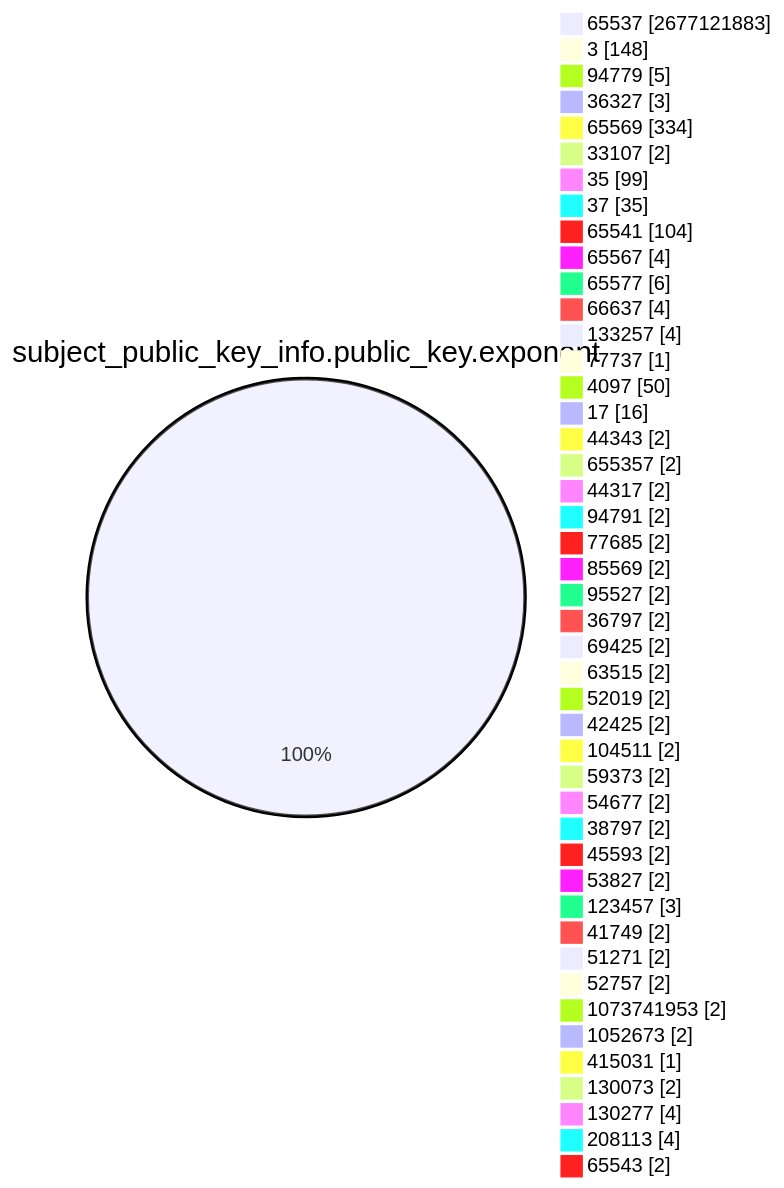
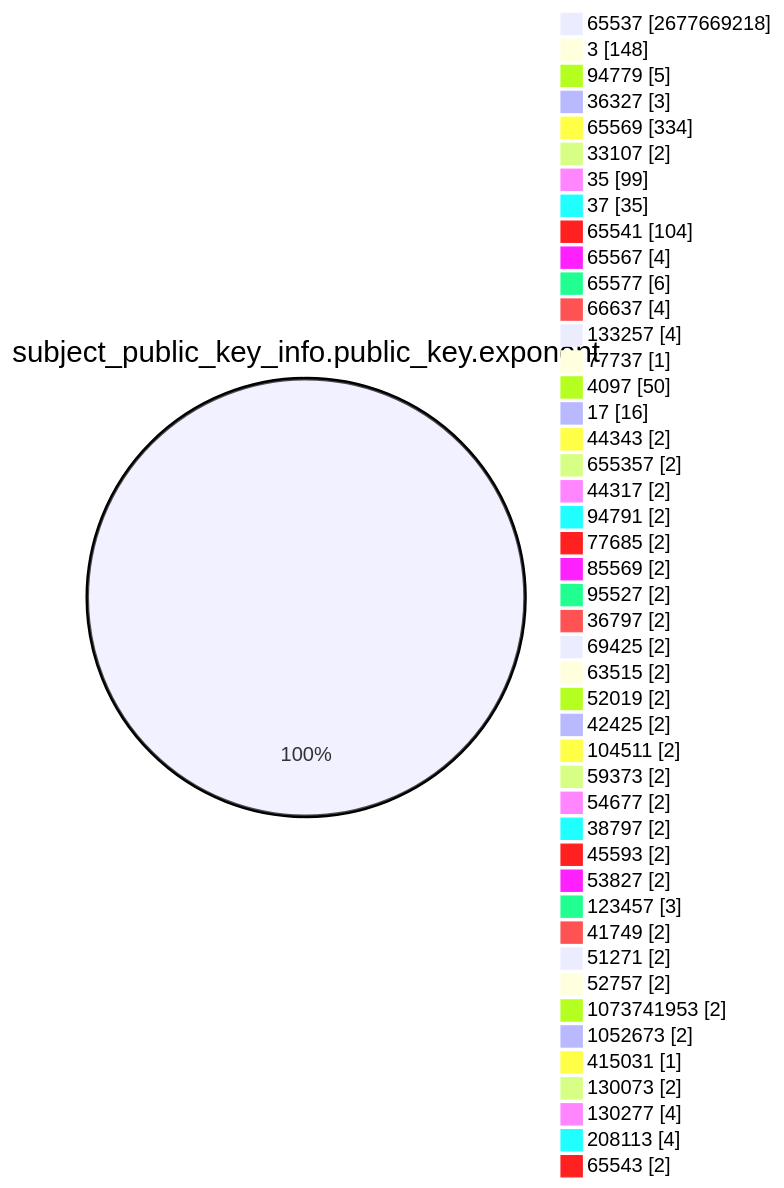
The fourth of 15 diagrams in TOTAL/README.md (christiankrug/ctmonitor_visualization), drawn with Mermaid before and after one commit. The commit also changed other lines of this file, not shown here.

````diff
--- a/TOTAL/README.md
+++ b/TOTAL/README.md
@@ -1466,49 +1466,49 @@
 ```mermaid
 pie showData
 title subject_public_key_info.public_key.exponent
-"65537" :2677121883
+"65537" :2677669218
 "3" :148
 "94779" :5
 "36327" :3
 "65569" :334
 "33107" :2
 "35" :99
 "37" :35
 "65541" :104
 "65567" :4
 "65577" :6
 "66637" :4
 "133257" :4
 "77737" :1
 "4097" :50
 "17" :16
 "44343" :2
 "655357" :2
 "44317" :2
 "94791" :2
 "77685" :2
 "85569" :2
 "95527" :2
 "36797" :2
 "69425" :2
 "63515" :2
 "52019" :2
 "42425" :2
 "104511" :2
 "59373" :2
 "54677" :2
 "38797" :2
 "45593" :2
 "53827" :2
 "123457" :3
 "41749" :2
 "51271" :2
 "52757" :2
 "1073741953" :2
 "1052673" :2
 "415031" :1
 "130073" :2
 "130277" :4
 "208113" :4
 "65543" :2
 ```
````
